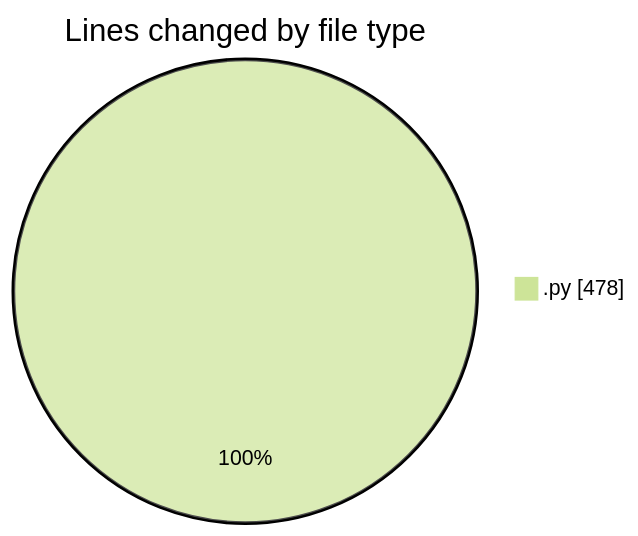
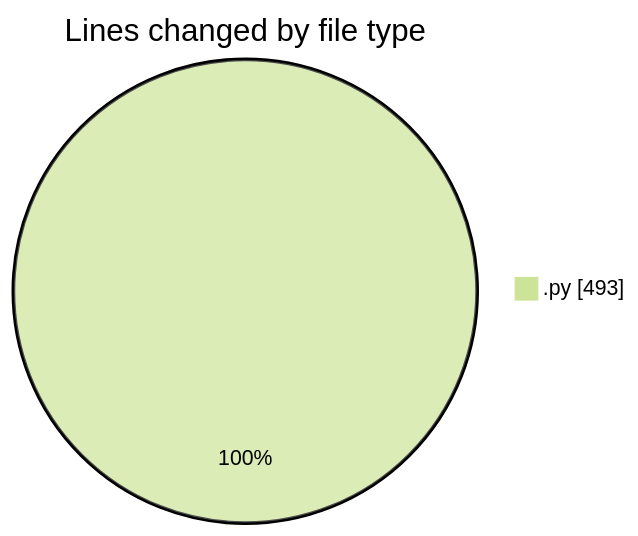
The first of 2 diagrams in 2025-10-22/eventscop-api-guide__workspace_/README.md (julien-gomy/code-tracking), drawn with Mermaid (forest theme) before and after one commit. The commit also changed other lines of this file and 1 other file, not shown here.

````diff
--- a/2025-10-22/eventscop-api-guide__workspace_/README.md
+++ b/2025-10-22/eventscop-api-guide__workspace_/README.md
@@ -29,5 +29,5 @@
 ```mermaid
 pie showData
 title Lines changed by file type
-".py" : 478
+".py" : 493
 ```
````
